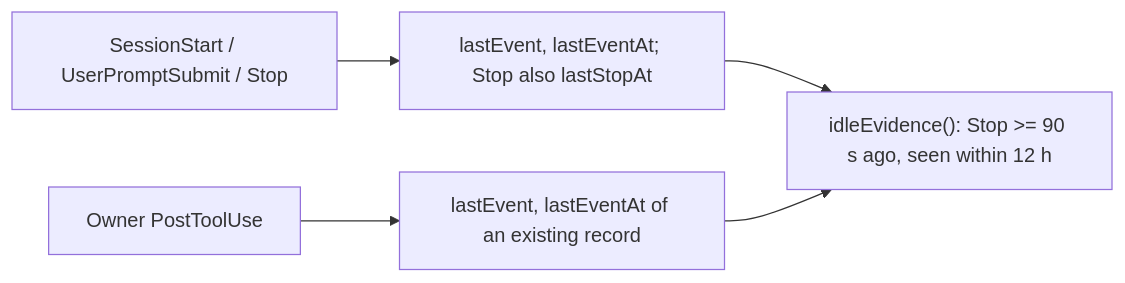
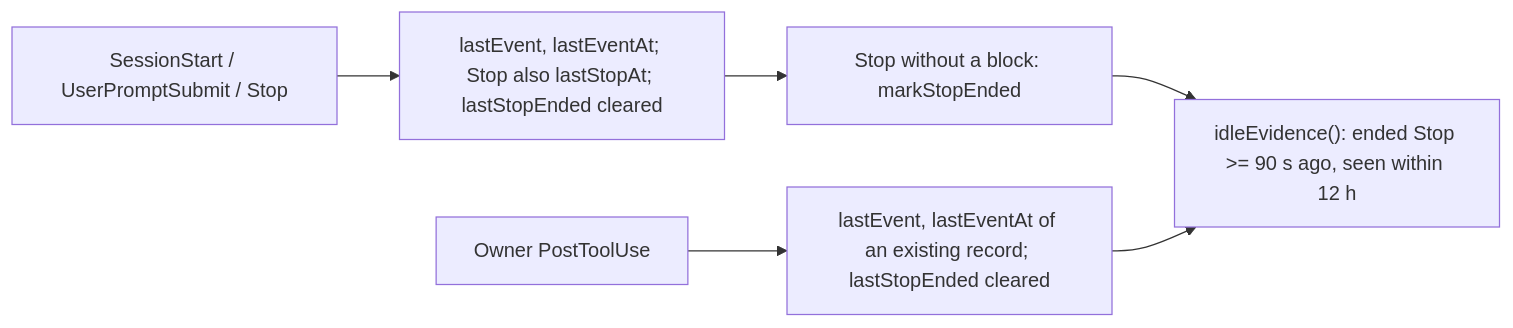
The third of 5 diagrams in modules/control-plane/ARCHITECTURE.md (cfaysal/kherep), drawn with Mermaid before and after one commit. The commit also changed other lines of this file and 12 other files, not shown here.

````diff
--- a/modules/control-plane/ARCHITECTURE.md
+++ b/modules/control-plane/ARCHITECTURE.md
@@ -336,7 +336,8 @@
 ```mermaid
 flowchart LR
-  hook[SessionStart / UserPromptSubmit / Stop] --> record[lastEvent, lastEventAt; Stop also lastStopAt]
-  post[Owner PostToolUse] --> refresh[lastEvent, lastEventAt of an existing record]
-  record --> idle["idleEvidence(): Stop >= 90 s ago, seen within 12 h"]
+  hook[SessionStart / UserPromptSubmit / Stop] --> record[lastEvent, lastEventAt; Stop also lastStopAt; lastStopEnded cleared]
+  post[Owner PostToolUse] --> refresh[lastEvent, lastEventAt of an existing record; lastStopEnded cleared]
+  record --> ended[Stop without a block: markStopEnded]
+  ended --> idle["idleEvidence(): ended Stop >= 90 s ago, seen within 12 h"]
   refresh --> idle
 ```
````
